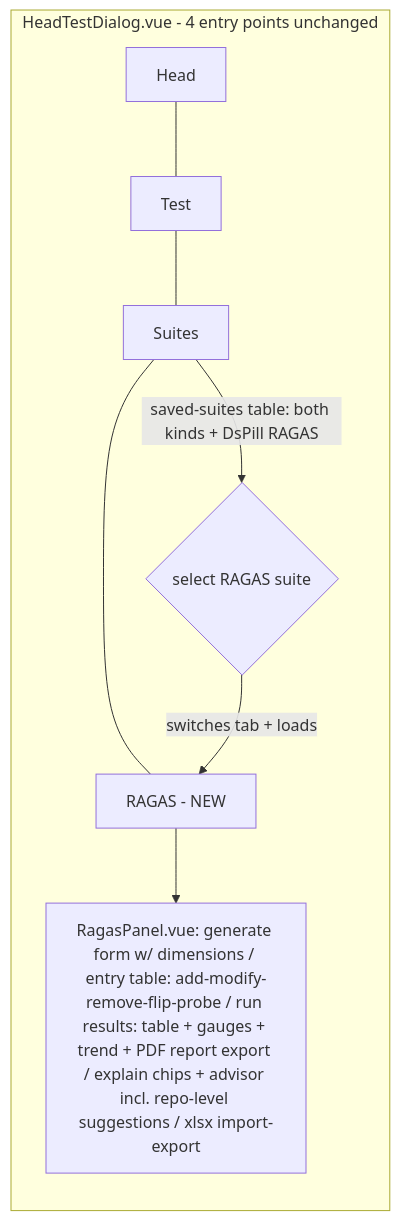
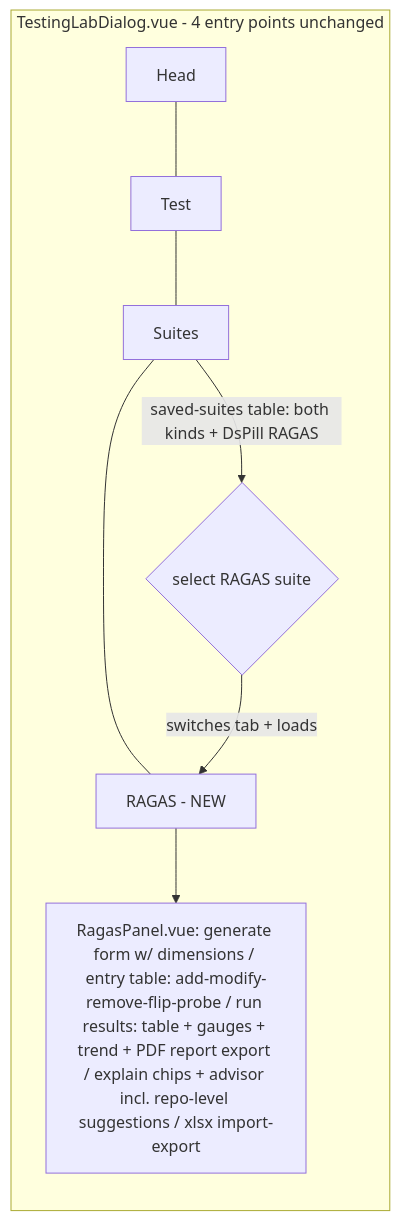
The fifth of 5 diagrams in _bmad-output/specs/spec-okf-ragas-benchmarking/architecture-diagrams.md (jrevillard/genie-ai-replica), drawn with Mermaid before and after one commit. The commit also changed other lines of this file and 103 other files, not shown here.

First line of the commit message:
feat(ragas): the Testing Lab, and three model pickers that say what they do

````diff
--- a/_bmad-output/specs/spec-okf-ragas-benchmarking/architecture-diagrams.md
+++ b/_bmad-output/specs/spec-okf-ragas-benchmarking/architecture-diagrams.md
@@ -100,9 +100,9 @@
 ```mermaid
 flowchart LR
-  subgraph HeadTestDialog [HeadTestDialog.vue - 4 entry points unchanged]
+  subgraph TestingLabDialog [TestingLabDialog.vue - 4 entry points unchanged]
     T1[Head] --- T2[Test] --- T3[Suites] --- T4[RAGAS - NEW]
     T3 -->|saved-suites table: both kinds + DsPill RAGAS| SEL{select RAGAS suite}
     SEL -->|switches tab + loads| T4
     T4 --> RP[RagasPanel.vue: generate form w/ dimensions / entry table: add-modify-remove-flip-probe / run results: table + gauges + trend + PDF report export / explain chips + advisor incl. repo-level suggestions / xlsx import-export]
   end
 ```
````
